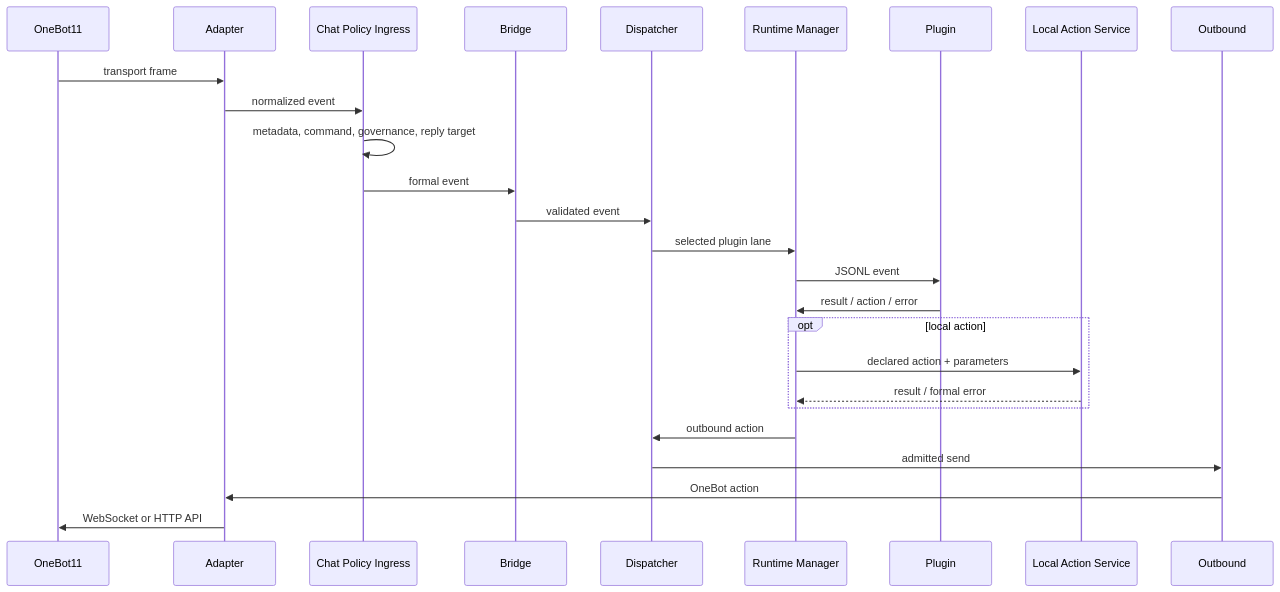
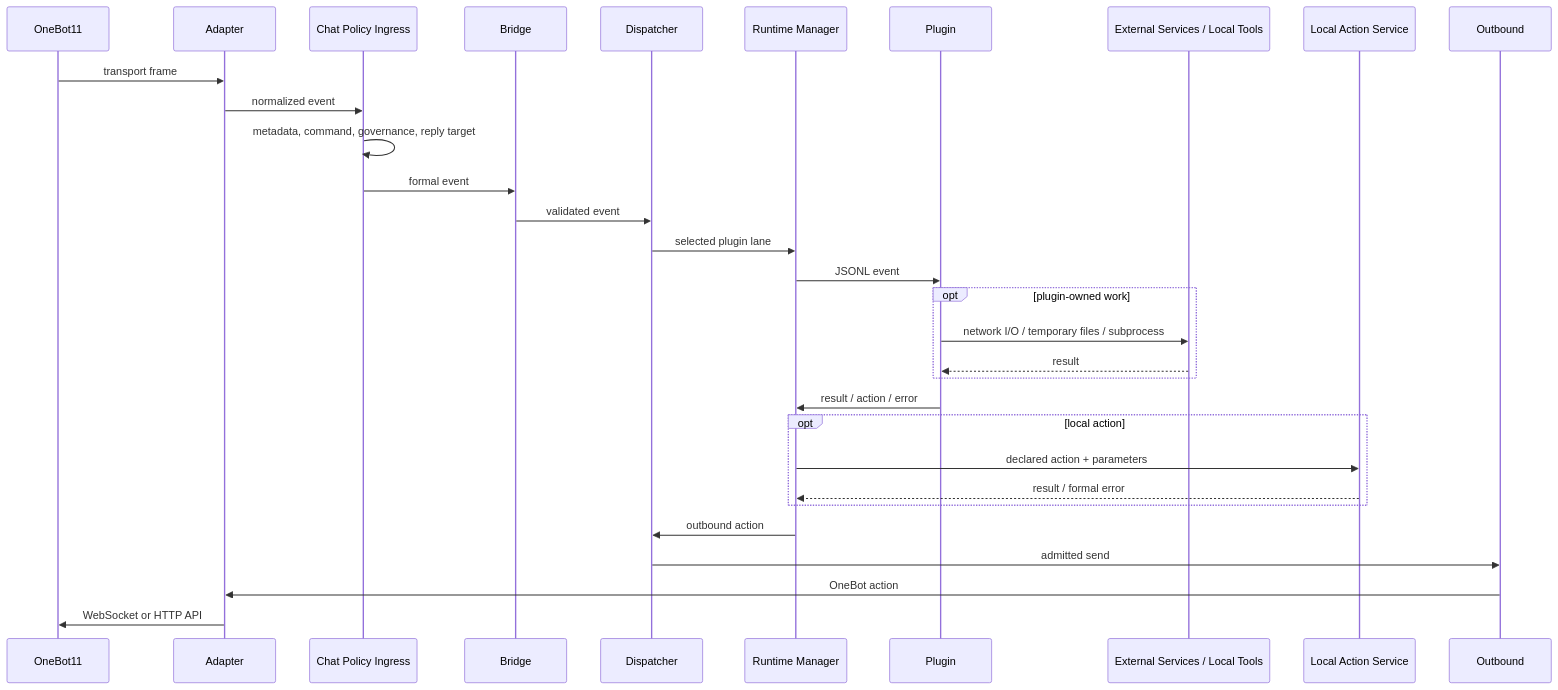
One commit to RayleaBot/RayleaBot changed the first of 2 diagrams in docs/architecture/message-flow.md. Above: the diagram before and after it, drawn with Mermaid. The commit also changed other lines of this file and 6 other files, not shown here.

````diff
--- a/docs/architecture/message-flow.md
+++ b/docs/architecture/message-flow.md
@@ -7,29 +7,34 @@
 ```mermaid
 sequenceDiagram
     participant OB as OneBot11
     participant AD as Adapter
     participant IN as Chat Policy Ingress
     participant BR as Bridge
     participant DP as Dispatcher
     participant RT as Runtime Manager
     participant PL as Plugin
+    participant EXT as External Services / Local Tools
     participant LA as Local Action Service
     participant OUT as Outbound
 
     OB->>AD: transport frame
     AD->>IN: normalized event
     IN->>IN: metadata, command, governance, reply target
     IN->>BR: formal event
     BR->>DP: validated event
     DP->>RT: selected plugin lane
     RT->>PL: JSONL event
+    opt plugin-owned work
+        PL->>EXT: network I/O / temporary files / subprocess
+        EXT-->>PL: result
+    end
     PL->>RT: result / action / error
     opt local action
         RT->>LA: declared action + parameters
         LA-->>RT: result / formal error
     end
     RT->>DP: outbound action
     DP->>OUT: admitted send
     OUT->>AD: OneBot action
     AD->>OB: WebSocket or HTTP API
 ```
````
